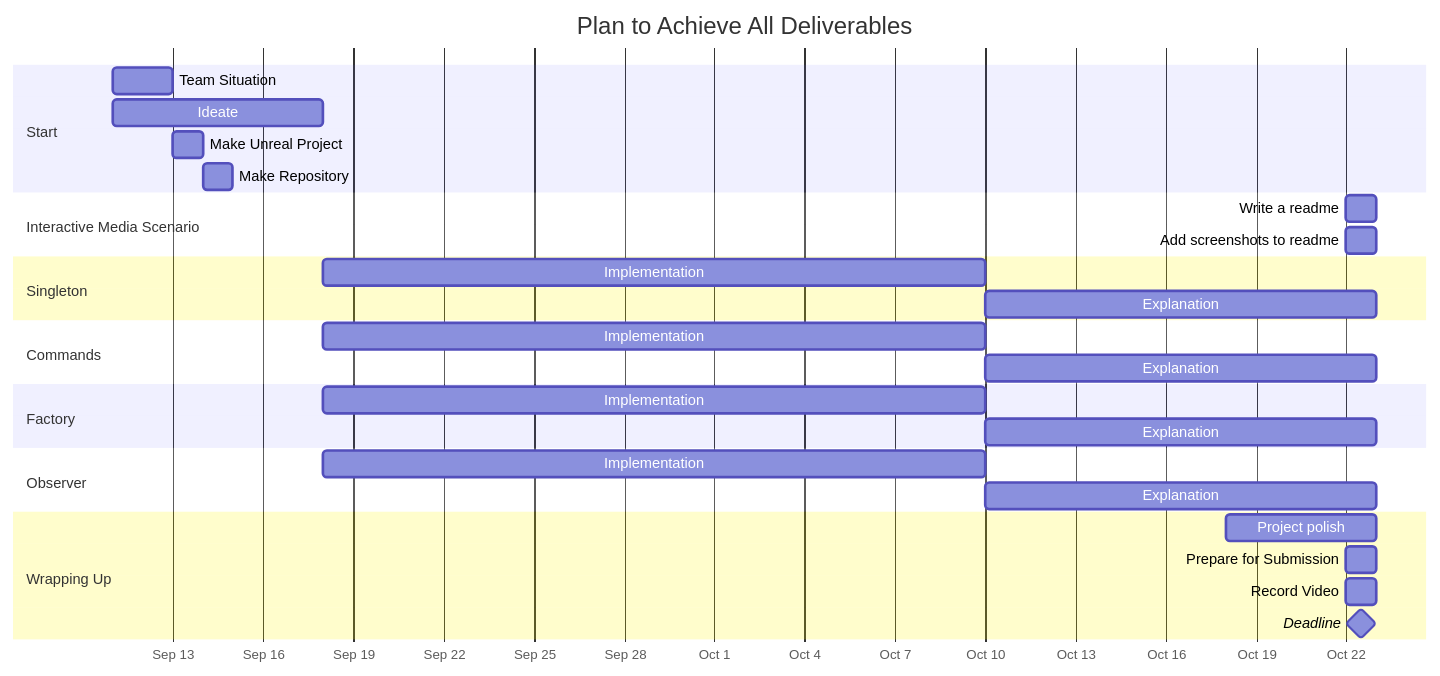
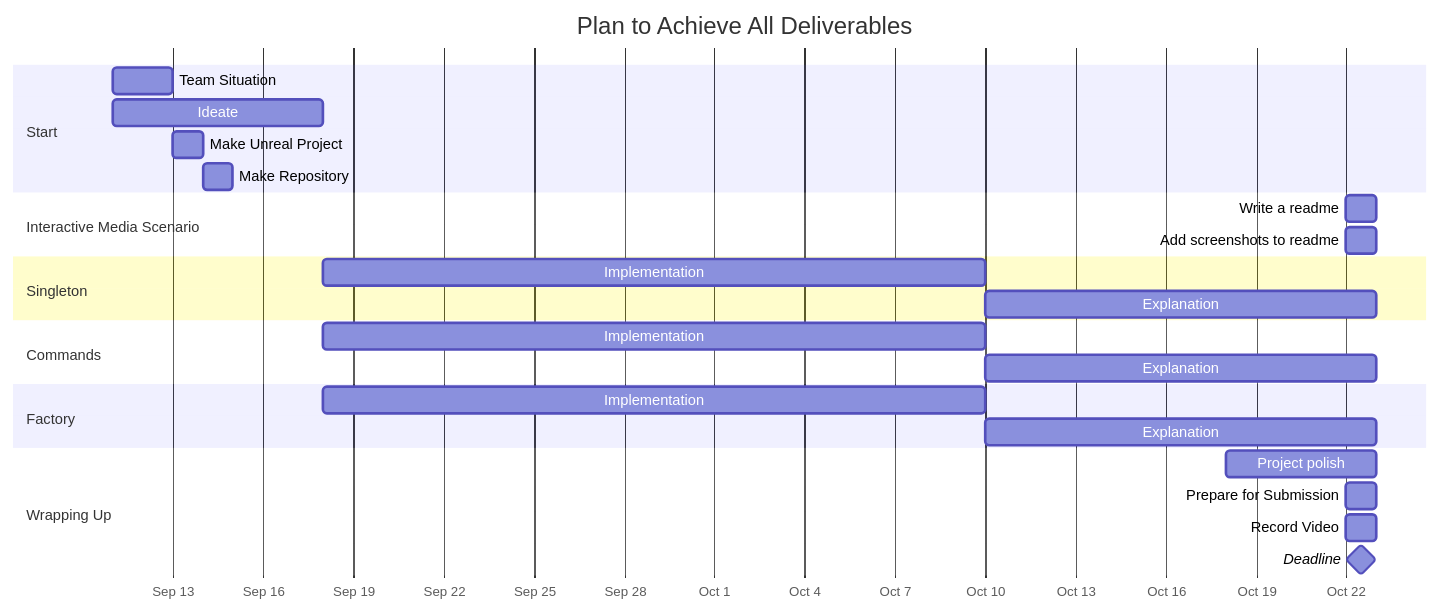
Before and after one commit to GlobalBooga/EnginesCourseProject: the diagram in README.md, drawn with Mermaid. The commit also changed other lines of this file, not shown here.

````diff
--- a/README.md
+++ b/README.md
@@ -325,34 +325,31 @@
 ```mermaid
 gantt
     title Plan to Achieve All Deliverables
     dateFormat  YYYY-MM-DD
     axisFormat  %b %e
     tickInterval 3day
     weekday monday
     section Start
 		Team Situation            :a1, 2025-09-11, 2d
 		Ideate                    :a2, 2025-09-11, 1w
 		Make Unreal Project       :a3, after a1, 1d
 		Make Repository           :a4, after a3, 1d
 	section Interactive Media Scenario
 		Write a readme            :2025-10-22, 1d
 		Add screenshots to readme :2025-10-22, 1d
 	section Singleton
 		Implementation            :c1, after a2, 2025-10-10
 		Explanation               :after c1, 2025-10-23
 	section Commands
 		Implementation            :d1, after a2, 2025-10-10
 		Explanation               :after d1, 2025-10-23
 	section Factory
 		Implementation            :e1, after a2, 2025-10-10
 		Explanation               :after e1, 2025-10-23
-	section Observer
-		Implementation            :f1, after a2, 2025-10-10
-		Explanation               :after f1, 2025-10-23
 	section Wrapping Up
 		Project polish            :2025-10-18, 2025-10-23
 		Prepare for Submission    :2025-10-22, 1d
 		Record Video              :2025-10-22, 1d
 		Deadline                  :milestone, m1, 2025-10-22, 1d
 
 ```
````
